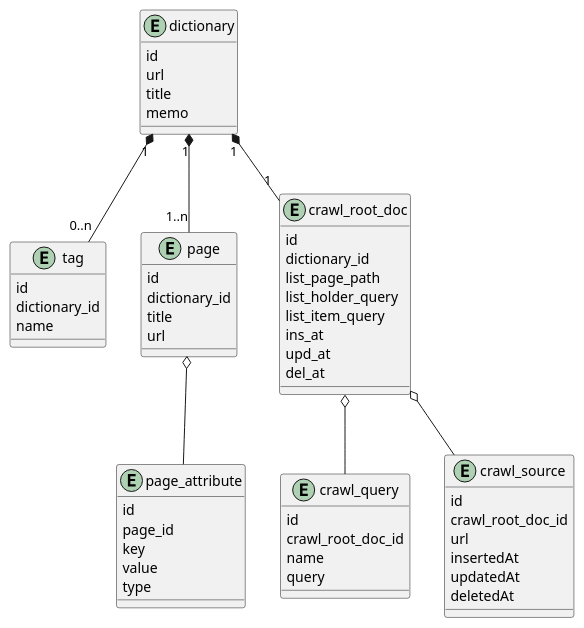
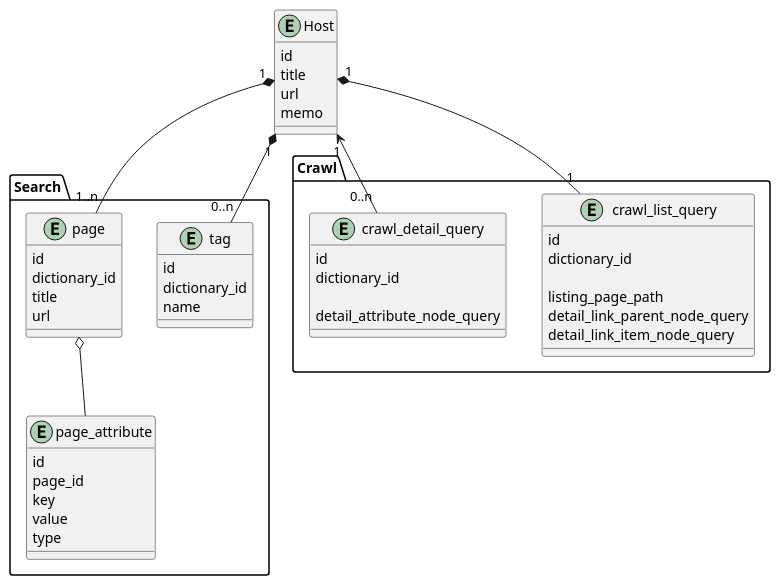
Before and after one commit to shotaod/carbon-crawler: the diagram in carbon-crawler-model/schema/er.puml, drawn with PlantUML.

Commit message:
add plant uml, but it is hard to maintain...

```diff
--- a/carbon-crawler-model/schema/er.puml
+++ b/carbon-crawler-model/schema/er.puml
@@ -1,72 +1,65 @@
 @startuml
 
-entity dictionary {
+entity Host {
     id
+    title
     url
-    title
     memo
-}
-
-entity tag {
-    id
-    dictionary_id
-    name
 }
 
 ' --------------------------------------------------
 ' crawl data
 ' --------------------------------------------------
-entity page {
-    id
-    dictionary_id
-    title
-    url
+package Search {
+    entity tag {
+        id
+        dictionary_id
+        name
+    }
+
+    entity page {
+        id
+        dictionary_id
+        title
+        url
+    }
+
+    entity page_attribute {
+        id
+        page_id
+        key
+        value
+        type
+    }
 }
-
-entity page_attribute {
-    id
-    page_id
-    key
-    value
-    type
-}
-
 
 ' --------------------------------------------------
 ' crawl query
 ' --------------------------------------------------
-entity crawl_root_doc {
-    id
-    dictionary_id
-    list_page_path
-    list_holder_query
-    list_item_query
-    ins_at
-    upd_at
-    del_at
+package Crawl {
+    entity crawl_list_query {
+        id
+        dictionary_id
+
+        ' path & query
+        listing_page_path
+        detail_link_parent_node_query
+        detail_link_item_node_query
+    }
+
+    entity crawl_detail_query {
+        id
+        dictionary_id
+
+        ' for fetch detail item
+        detail_attribute_node_query
+    }
 }
 
-entity crawl_query {
-    id
-    crawl_root_doc_id
-    name
-    query
-}
-
-entity crawl_source {
-    id
-    crawl_root_doc_id
-    url
-    insertedAt
-    updatedAt
-    deletedAt
-}
-
-dictionary "1" *--  "0..n" tag
-dictionary "1" *-- "1..n" page
+Host "1" *--  "0..n" tag
+Host "1" *-- "1..n" page
 page o-- page_attribute
-dictionary "1" *-- "1" crawl_root_doc
-crawl_root_doc o-- crawl_source
-crawl_root_doc o-- crawl_query
+Host "1" *-- "1" crawl_list_query
+Host "1" <-- "0..n" crawl_detail_query
 
 @enduml
```
